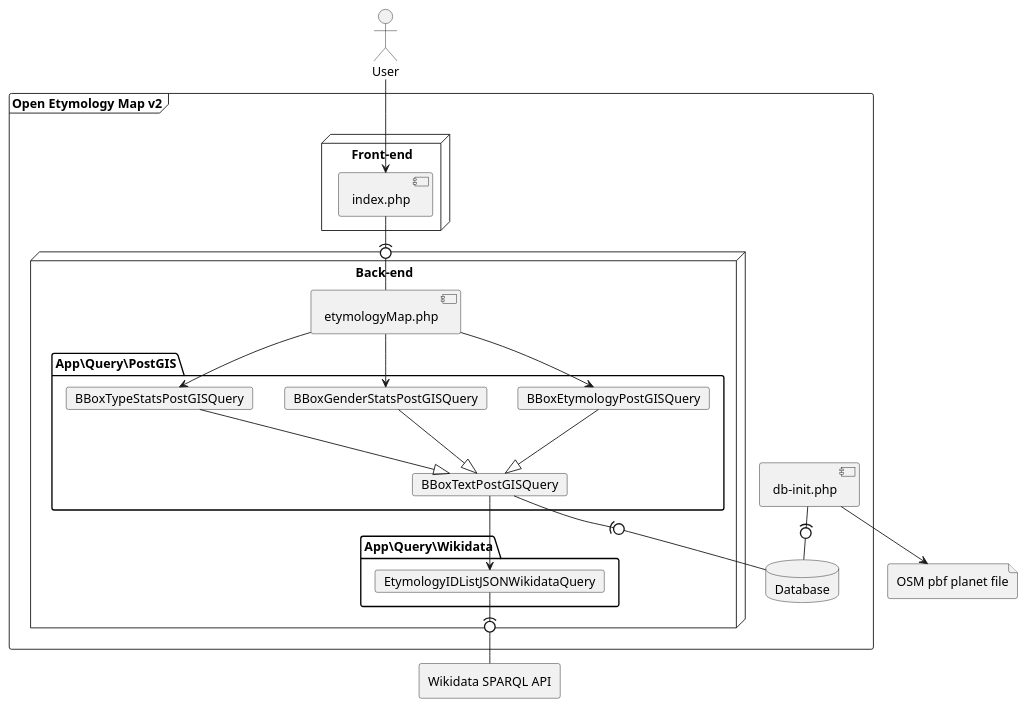
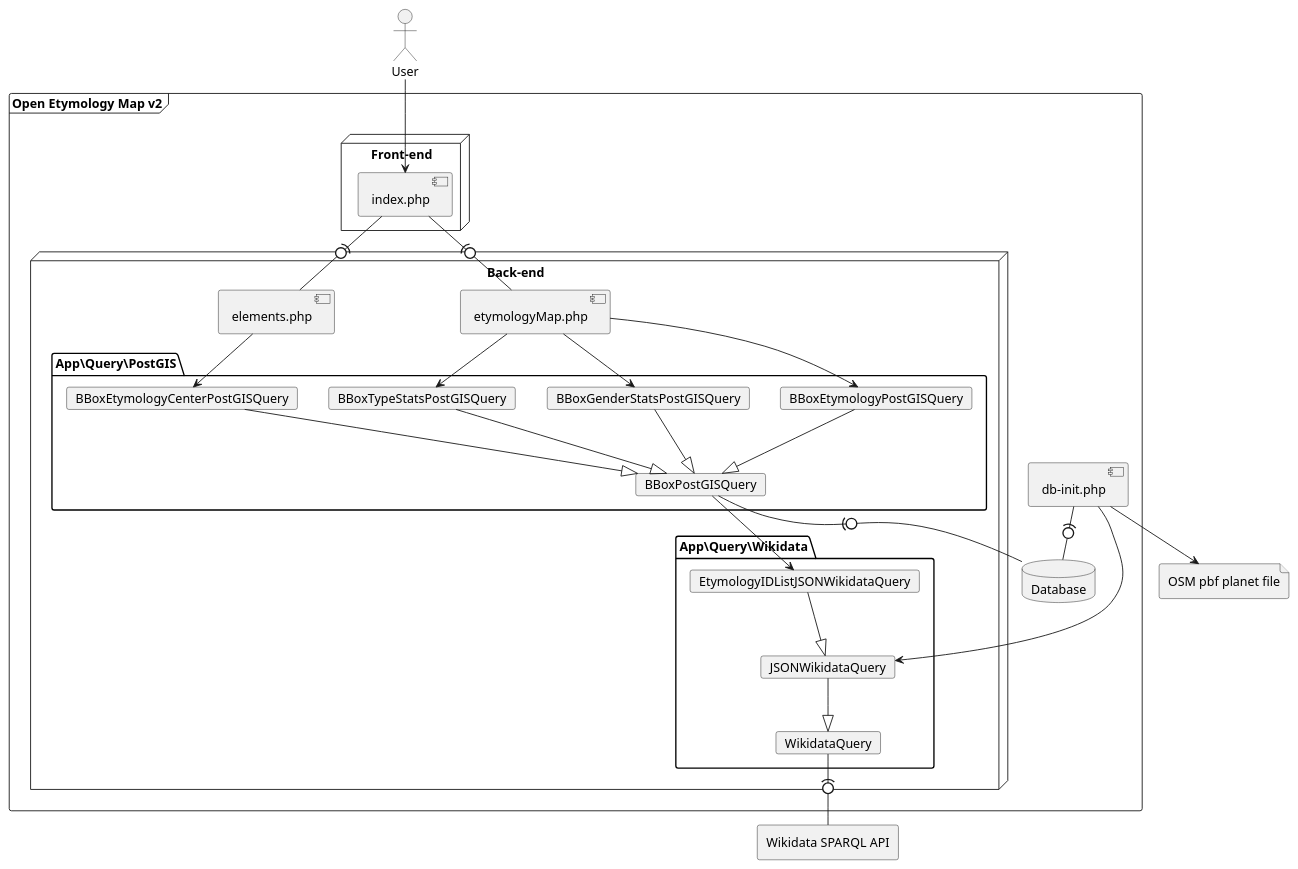
Before and after one commit to Danysan1/osm-wikidata-map-framework: the second of 3 diagrams in CONTRIBUTING.md, drawn with PlantUML. The commit also changed other lines of this file, not shown here.

Commit message:
Improved CONTRIBUTING

````diff
--- a/CONTRIBUTING.md
+++ b/CONTRIBUTING.md
@@ -192,44 +194,56 @@
 ```plantuml
 @startuml oem_v2
 actor user as "User"
 file pbf as "OSM pbf planet file"
 frame oem as "Open Etymology Map v2" {
     database db as "Database"
     component init as "db-init.php"
     node "Front-end" {
         component index as "index.php"
     }
     node "Back-end" {
         component etymologyMap as "etymologyMap.php"
+        component elements as "elements.php"
         package "App\Query\PostGIS" {
             card BBoxEtymologyPostGISQuery
             card BBoxGenderStatsPostGISQuery
             card BBoxTypeStatsPostGISQuery
-            card BBoxTextPostGISQuery
+            card BBoxEtymologyCenterPostGISQuery
+            card BBoxPostGISQuery
         }
         package "App\Query\Wikidata" {
             card EtymologyIDListJSONWikidataQuery
+            card JSONWikidataQuery
+            card WikidataQuery
         }
     }
 }
 agent wikidata as "Wikidata SPARQL API"
 
 user --> index
 index -(0- etymologyMap
+index -(0- elements
+
 etymologyMap --> BBoxEtymologyPostGISQuery
 etymologyMap --> BBoxGenderStatsPostGISQuery
 etymologyMap --> BBoxTypeStatsPostGISQuery
+elements --> BBoxEtymologyCenterPostGISQuery
 
-BBoxEtymologyPostGISQuery --^ BBoxTextPostGISQuery
-BBoxGenderStatsPostGISQuery --^ BBoxTextPostGISQuery
-BBoxTypeStatsPostGISQuery --^ BBoxTextPostGISQuery
+BBoxEtymologyPostGISQuery --^ BBoxPostGISQuery
+BBoxGenderStatsPostGISQuery --^ BBoxPostGISQuery
+BBoxTypeStatsPostGISQuery --^ BBoxPostGISQuery
+BBoxEtymologyCenterPostGISQuery --^ BBoxPostGISQuery
 
-BBoxTextPostGISQuery -(0- db
-BBoxTextPostGISQuery --> EtymologyIDListJSONWikidataQuery
+EtymologyIDListJSONWikidataQuery --^ JSONWikidataQuery
+JSONWikidataQuery --^ WikidataQuery
 
-EtymologyIDListJSONWikidataQuery -(0- wikidata
+BBoxPostGISQuery -(0- db
+BBoxPostGISQuery --> EtymologyIDListJSONWikidataQuery
+
+WikidataQuery -(0- wikidata
 
 init -(0- db
 init --> pbf
+init --> JSONWikidataQuery
 @enduml
 ```
````
